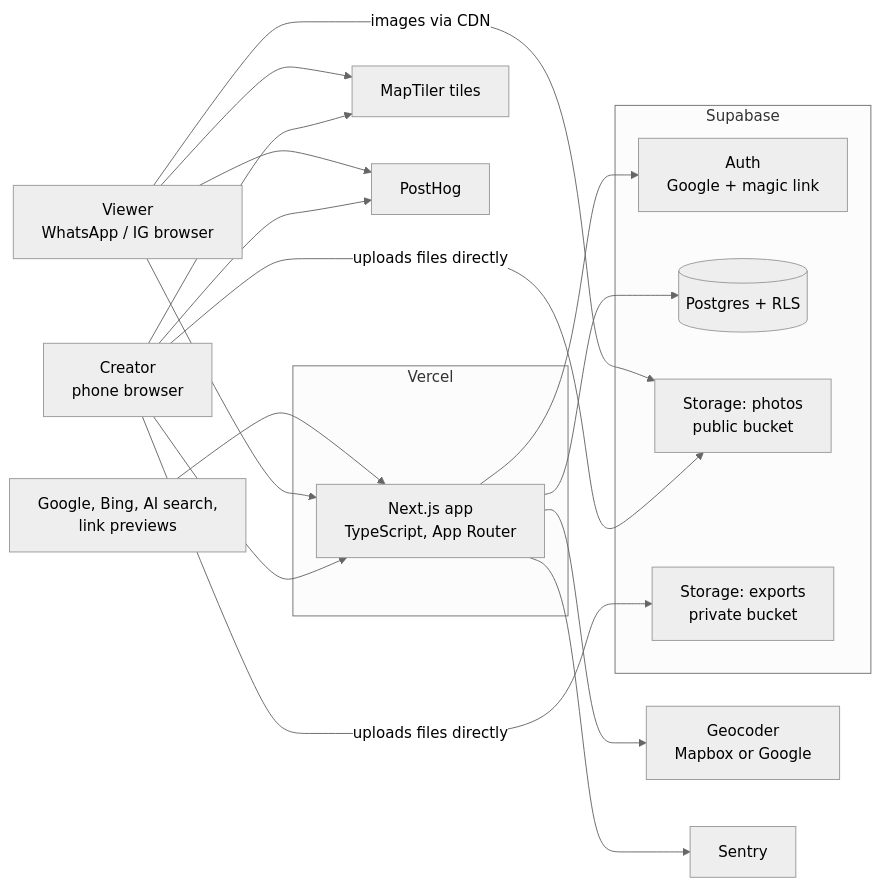
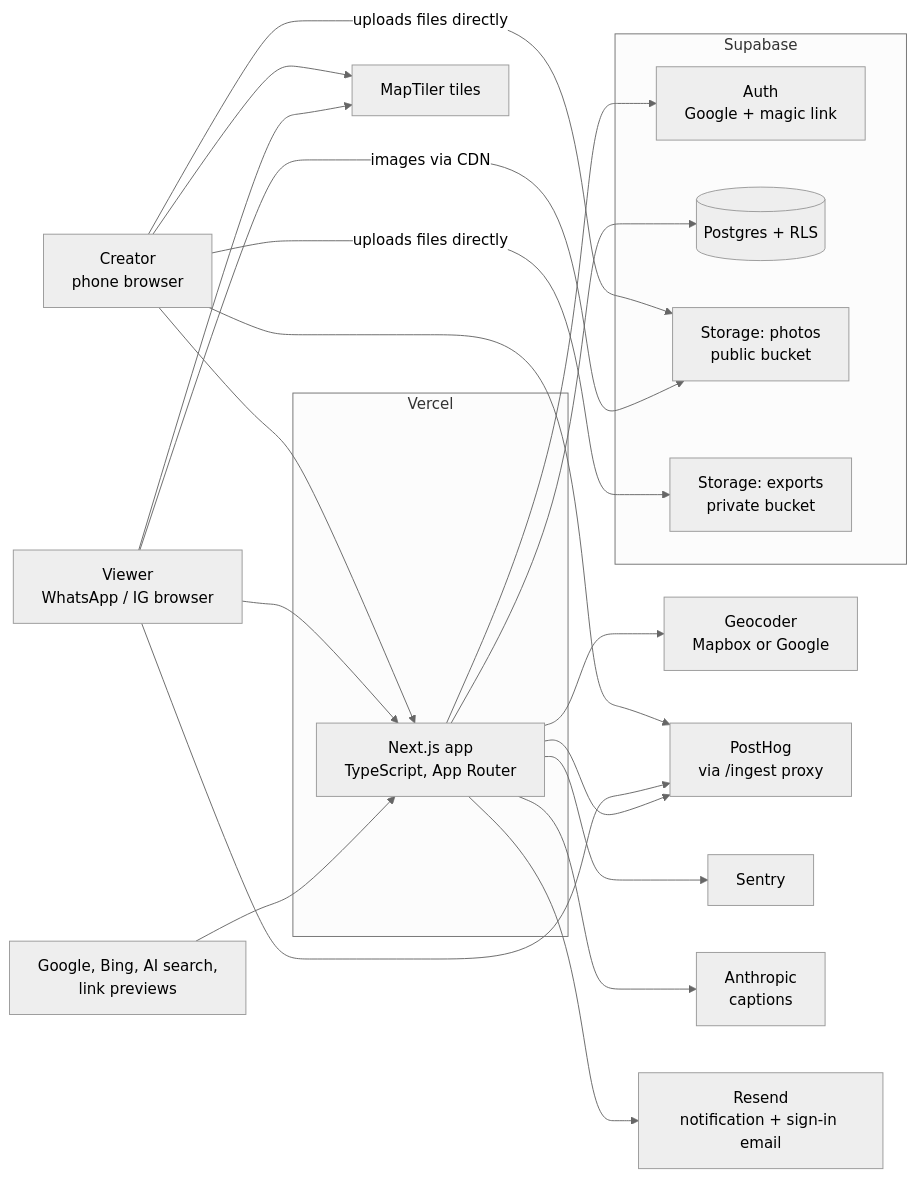
The first of 3 diagrams in docs/01-hld.md (onquestco/onquest), drawn with Mermaid (neutral theme) before and after one commit. The commit also changed other lines of this file and 7 other files, not shown here.

````diff
--- a/docs/01-hld.md
+++ b/docs/01-hld.md
@@ -30,27 +32,30 @@
 ```mermaid
 flowchart LR
   C[Creator<br/>phone browser] --> N
   V[Viewer<br/>WhatsApp / IG browser] --> N
   B[Google, Bing, AI search,<br/>link previews] --> N
 
   subgraph Vercel
     N[Next.js app<br/>TypeScript, App Router]
   end
 
   subgraph Supabase
     A[Auth<br/>Google + magic link]
     DB[(Postgres + RLS)]
     P[Storage: photos<br/>public bucket]
     E[Storage: exports<br/>private bucket]
   end
 
   N --> A
   N --> DB
   C -->|uploads files directly| P
   C -->|uploads files directly| E
   V -->|images via CDN| P
   C & V --> MT[MapTiler tiles]
   N --> GEO[Geocoder<br/>Mapbox or Google]
-  C & V --> PH[PostHog]
+  C & V --> PH[PostHog<br/>via /ingest proxy]
+  N --> PH
   N --> S[Sentry]
+  N --> AI[Anthropic<br/>captions]
+  N --> RS[Resend<br/>notification + sign-in email]
 ```
````
